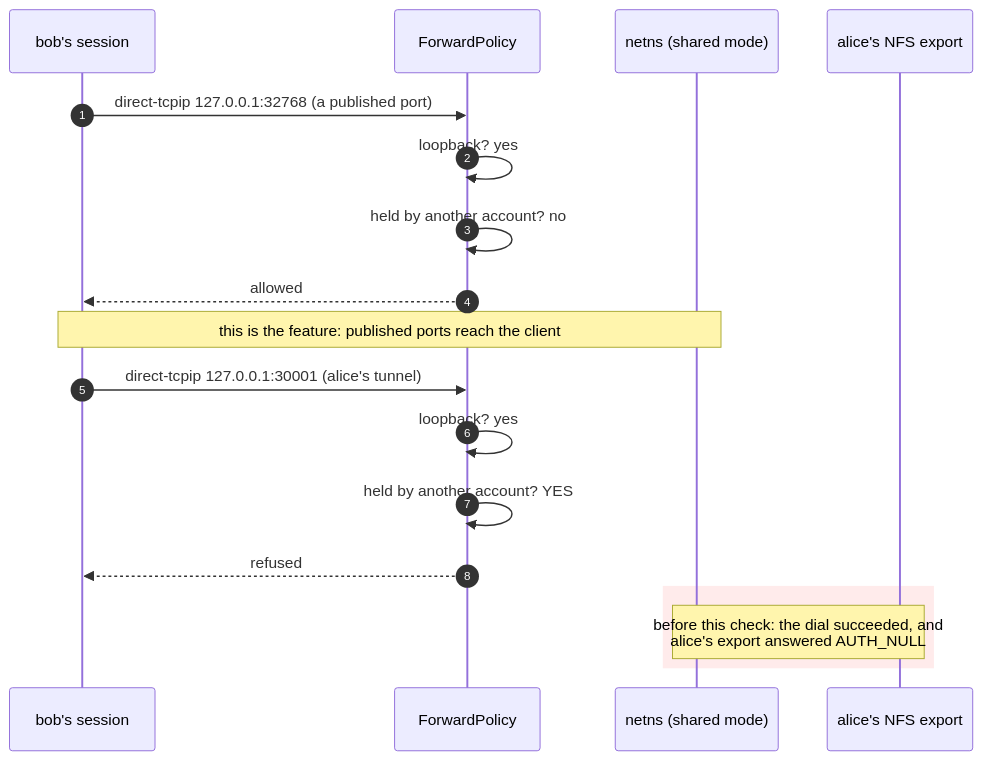
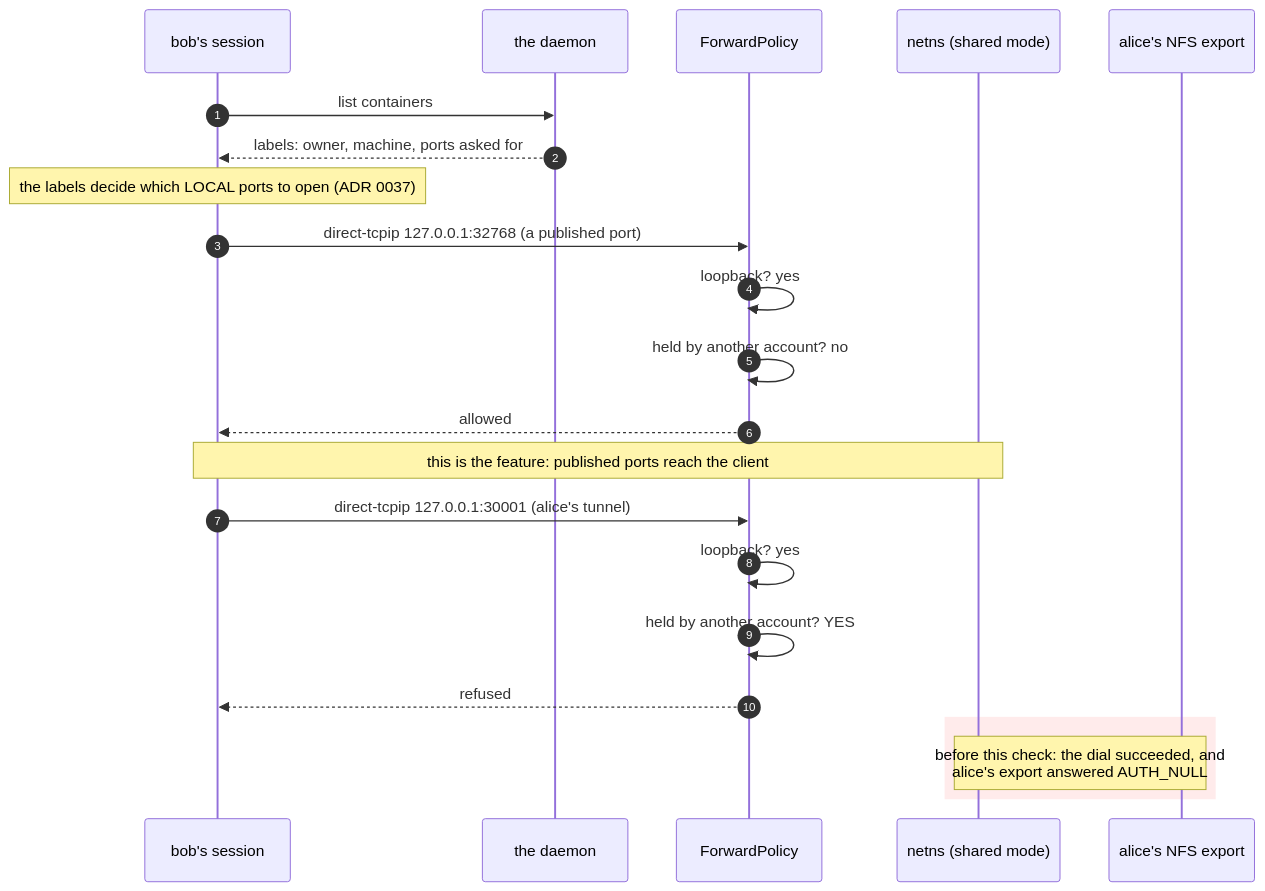
One commit to lhns/remote-docker changed the sixth of 10 diagrams in docs/threat-model.md. Above: the diagram before and after it, drawn with Mermaid. The commit also changed other lines of this file and 5 other files, not shown here.

````diff
--- a/docs/threat-model.md
+++ b/docs/threat-model.md
@@ -421,22 +421,27 @@
 ```mermaid
 sequenceDiagram
     autonumber
     participant B as bob's session
+    participant D as the daemon
     participant P as ForwardPolicy
     participant NS as netns (shared mode)
     participant ANFS as alice's NFS export
+
+    B->>D: list containers
+    D-->>B: labels: owner, machine, ports asked for
+    Note over B: the labels decide which LOCAL ports to open (ADR 0037)
 
     B->>P: direct-tcpip 127.0.0.1:32768 (a published port)
     P->>P: loopback? yes
     P->>P: held by another account? no
     P-->>B: allowed
     Note over B,NS: this is the feature: published ports reach the client
 
     B->>P: direct-tcpip 127.0.0.1:30001 (alice's tunnel)
     P->>P: loopback? yes
     P->>P: held by another account? YES
     P-->>B: refused
     rect rgb(255, 235, 235)
         Note over NS,ANFS: before this check: the dial succeeded, and<br/>alice's export answered AUTH_NULL
     end
 ```
````
